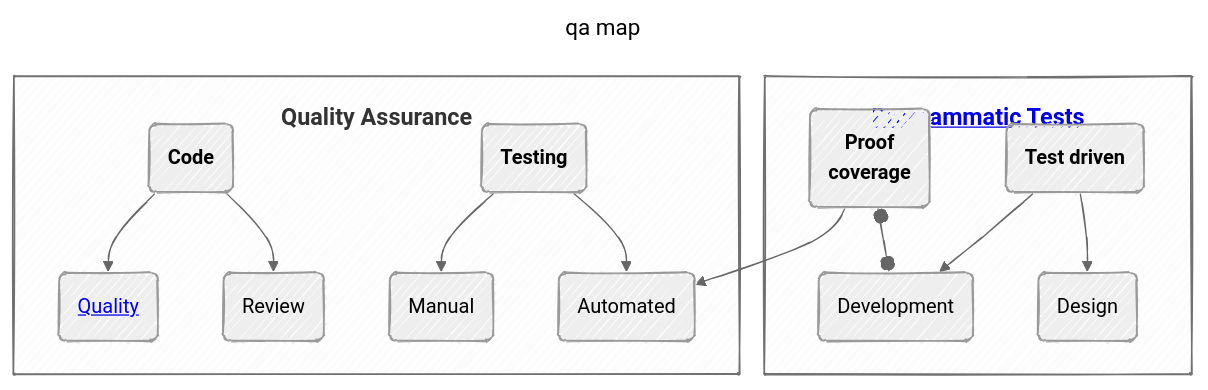
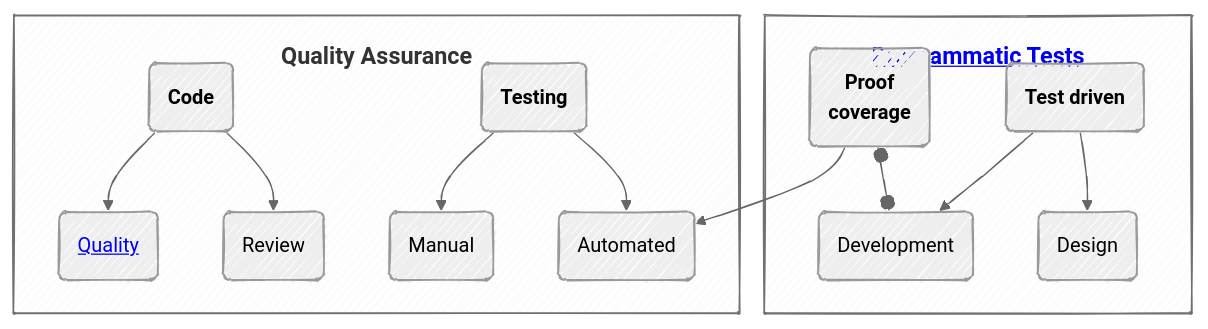
One commit to Kyriosity/read-write changed the diagram in README+/software/QA/README.md. Above: the diagram before and after it, drawn with Mermaid. The commit also changed other lines of this file, not shown here.

````diff
--- a/README+/software/QA/README.md
+++ b/README+/software/QA/README.md
@@ -14,22 +20,21 @@
 ```mermaid
 ---
-title: qa map
 config:
   look: handDrawn
   theme: neutral
 ---
 graph TB
  c1-->QA2
     subgraph "<h3><a href="https://github.com/Kyriosity/read-write/tree/main/README%2B/software/tests">Programmatic Tests</a></h3>"
     c1("<b>Proof</br>coverage</b>")
       TDD("<b>Test driven</b>")-->TDDev("Development")
       TDD-->TDDes("Design")
      c1 o--o TDDev
     end
     subgraph "<h3>Quality Assurance</h3>"
     a1(<b>Code</b>)-->a2(<a href="https://github.com/Kyriosity/read-write/blob/main/README%2B/software/QA/README+/code-quality.md">Quality</a>)
   a1-->a3("Review")
     T1("<b>Testing</b>")-->QA1("Manual")
     T1("<b>Testing</b>")-->QA2(Automated)
     end
 ```
````
